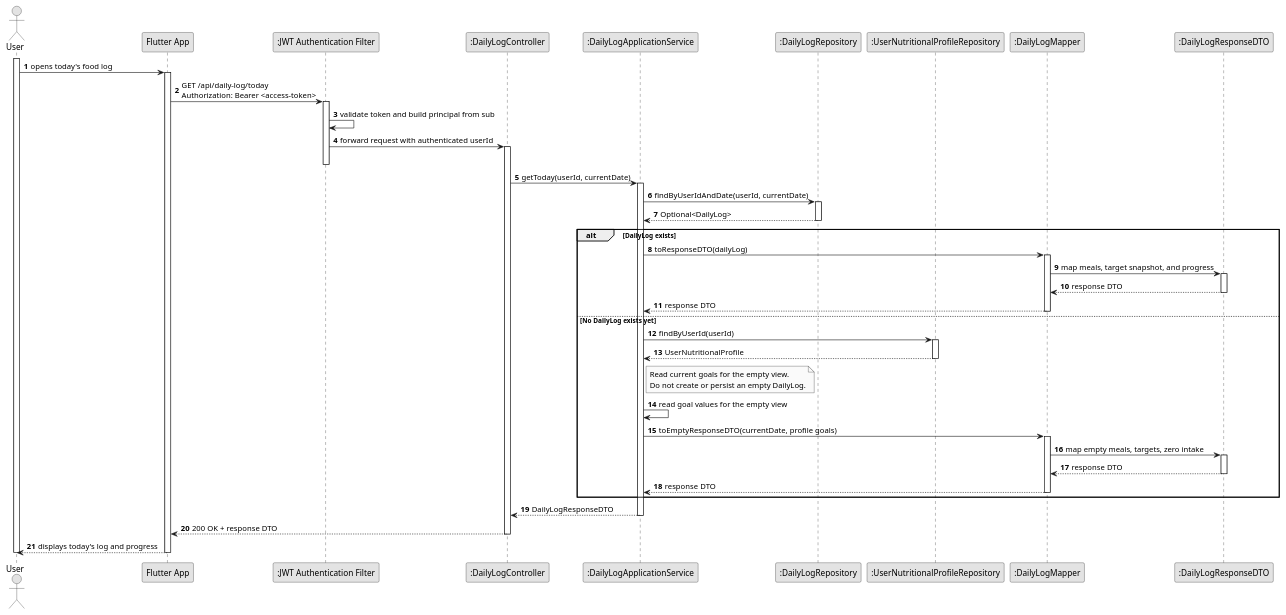
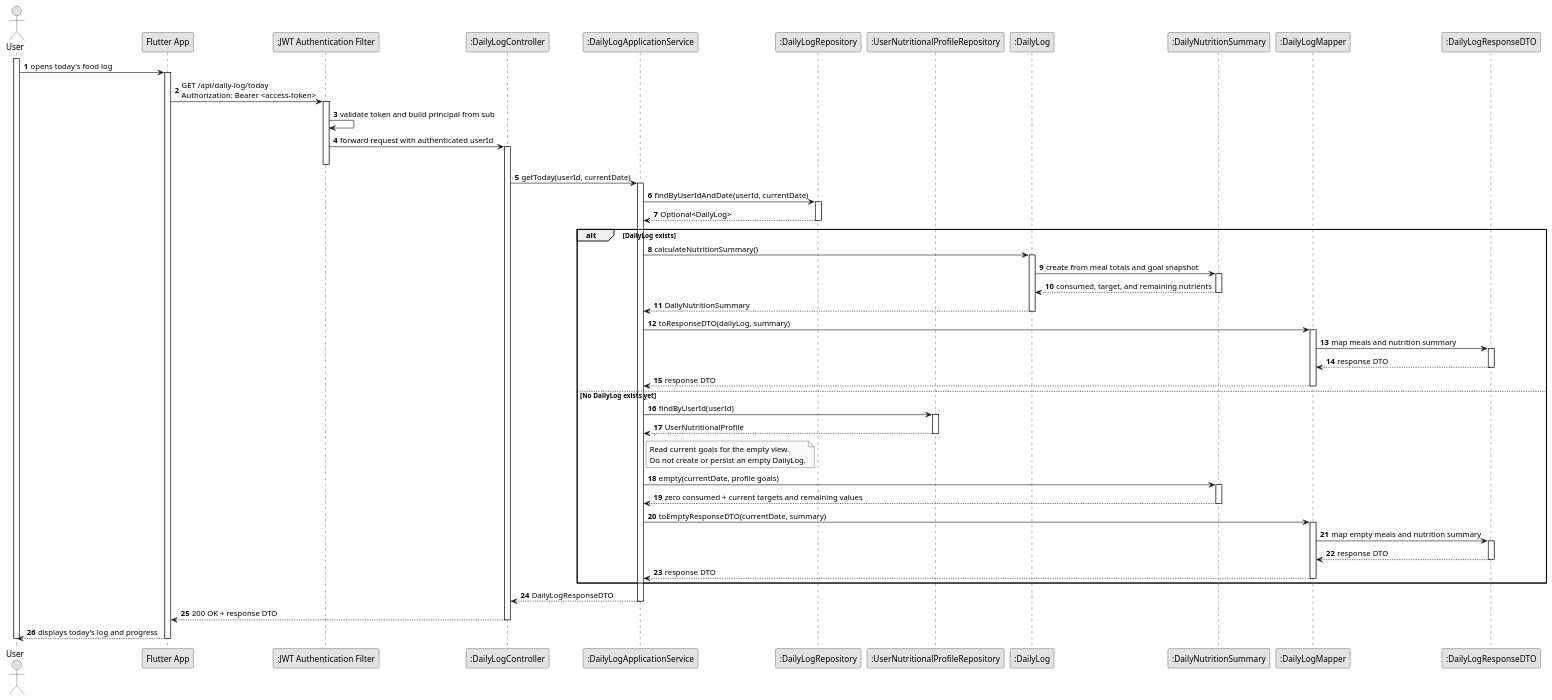
Before and after one commit to Pedro-P21/FitMaxxer: the diagram in backend/docs/US004/US004_SD_1.puml, drawn with PlantUML. The commit also changed 7 other files, not shown here.

Commit message:
#22- Added new value objects to Logging aggregate, to make a cleaner architecture

```diff
--- a/backend/docs/US004/US004_SD_1.puml
+++ b/backend/docs/US004/US004_SD_1.puml
@@ -1,72 +1,85 @@
 @startuml US004-SD
 autonumber
 skinparam monochrome true
 skinparam packageStyle rectangle
 skinparam shadowing false
 
 actor "User" as Actor
 participant "Flutter App" as UI
 participant ":JWT Authentication Filter" as Auth
 participant ":DailyLogController" as Ctrl
 participant ":DailyLogApplicationService" as Svc
 participant ":DailyLogRepository" as LogRepo
 participant ":UserNutritionalProfileRepository" as ProfileRepo
+participant ":DailyLog" as DailyLog
+participant ":DailyNutritionSummary" as Summary
 participant ":DailyLogMapper" as Mapper
 participant ":DailyLogResponseDTO" as ResponseDTO
 
 
 activate Actor
 Actor -> UI : opens today's food log
 activate UI
 UI -> Auth : GET /api/daily-log/today\nAuthorization: Bearer <access-token>
 activate Auth
 Auth -> Auth : validate token and build principal from sub
 Auth -> Ctrl : forward request with authenticated userId
 activate Ctrl
 deactivate Auth
 
 Ctrl -> Svc : getToday(userId, currentDate)
 activate Svc
 Svc -> LogRepo : findByUserIdAndDate(userId, currentDate)
 activate LogRepo
 LogRepo --> Svc : Optional<DailyLog>
 deactivate LogRepo
 
 alt DailyLog exists
-  Svc -> Mapper : toResponseDTO(dailyLog)
+  Svc -> DailyLog : calculateNutritionSummary()
+  activate DailyLog
+  DailyLog -> Summary : create from meal totals and goal snapshot
+  activate Summary
+  Summary --> DailyLog : consumed, target, and remaining nutrients
+  deactivate Summary
+  DailyLog --> Svc : DailyNutritionSummary
+  deactivate DailyLog
+  Svc -> Mapper : toResponseDTO(dailyLog, summary)
   activate Mapper
-  Mapper -> ResponseDTO : map meals, target snapshot, and progress
+  Mapper -> ResponseDTO : map meals and nutrition summary
   activate ResponseDTO
   ResponseDTO --> Mapper : response DTO
   deactivate ResponseDTO
   Mapper --> Svc : response DTO
   deactivate Mapper
 else No DailyLog exists yet
   Svc -> ProfileRepo : findByUserId(userId)
   activate ProfileRepo
   ProfileRepo --> Svc : UserNutritionalProfile
   deactivate ProfileRepo
   note right of Svc
     Read current goals for the empty view.
     Do not create or persist an empty DailyLog.
   end note
-  Svc -> Svc : read goal values for the empty view
-  Svc -> Mapper : toEmptyResponseDTO(currentDate, profile goals)
+  Svc -> Summary : empty(currentDate, profile goals)
+  activate Summary
+  Summary --> Svc : zero consumed + current targets and remaining values
+  deactivate Summary
+  Svc -> Mapper : toEmptyResponseDTO(currentDate, summary)
   activate Mapper
-  Mapper -> ResponseDTO : map empty meals, targets, zero intake
+  Mapper -> ResponseDTO : map empty meals and nutrition summary
   activate ResponseDTO
   ResponseDTO --> Mapper : response DTO
   deactivate ResponseDTO
   Mapper --> Svc : response DTO
   deactivate Mapper
 end
 
 Svc --> Ctrl : DailyLogResponseDTO
 deactivate Svc
 Ctrl --> UI : 200 OK + response DTO
 deactivate Ctrl
 UI --> Actor : displays today's log and progress
 
 deactivate UI
 deactivate Actor
 @enduml
```
